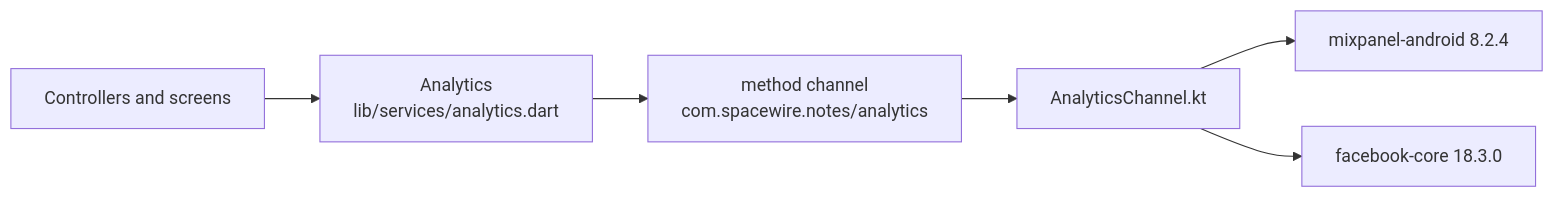
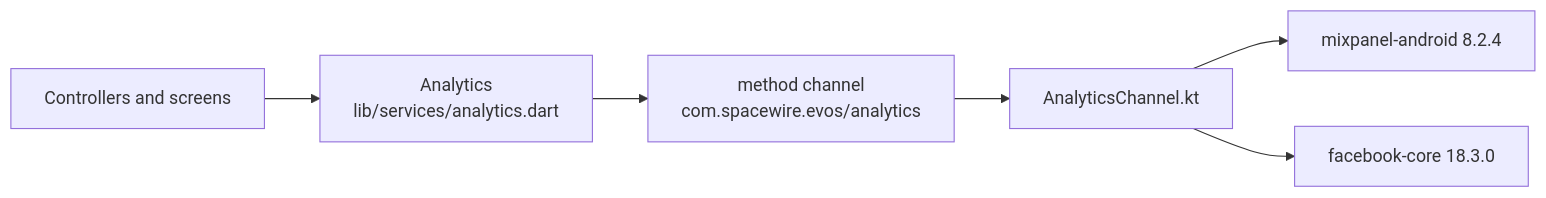
Before and after one commit to ayuzhBhakti/notes_app: the diagram in docs/10-analytics.md, drawn with Mermaid. The commit also changed other lines of this file and 47 other files, not shown here.

````diff
--- a/docs/10-analytics.md
+++ b/docs/10-analytics.md
@@ -9,8 +9,8 @@
 ```mermaid
 flowchart LR
     Screens["Controllers and screens"] --> Analytics["Analytics<br/>lib/services/analytics.dart"]
-    Analytics --> Channel["method channel<br/>com.spacewire.notes/analytics"]
+    Analytics --> Channel["method channel<br/>com.spacewire.evos/analytics"]
     Channel --> Kotlin["AnalyticsChannel.kt"]
     Kotlin --> Mixpanel["mixpanel-android 8.2.4"]
     Kotlin --> Meta["facebook-core 18.3.0"]
 ```
````
